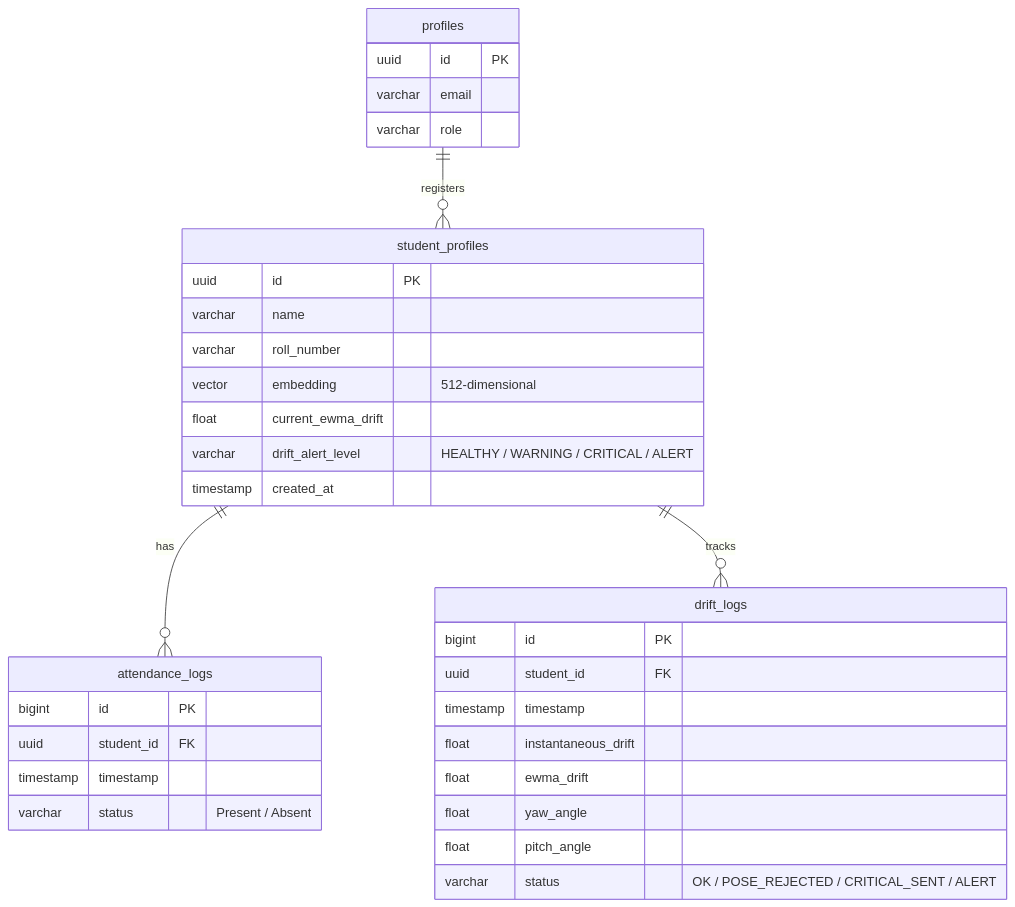
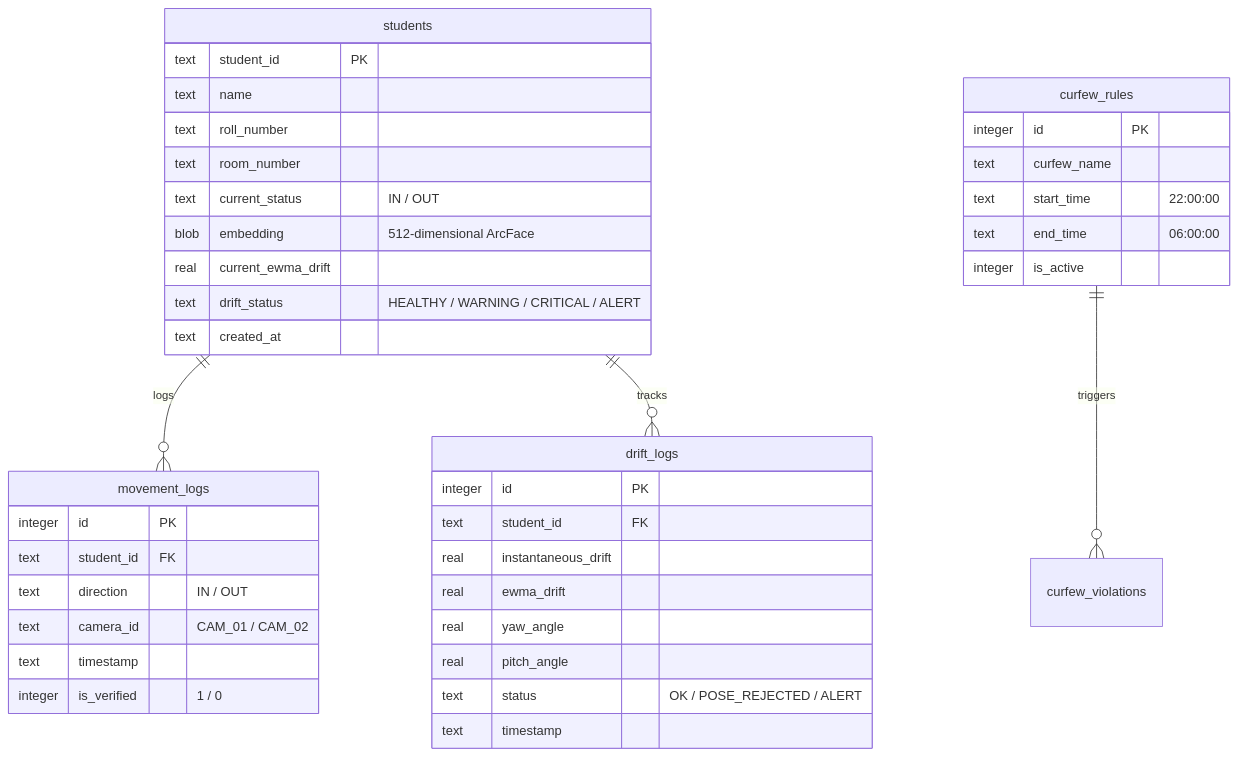
Before and after one commit to ArnavPundir22/BioSecure-AI---girls-Hostel-COER: the diagram in docs/database.md, drawn with Mermaid. The commit also changed other lines of this file and 19 other files, not shown here.

````diff
--- a/docs/database.md
+++ b/docs/database.md
@@ -11,36 +9,46 @@
 ```mermaid
 erDiagram
-    profiles ||--o{ student_profiles : registers
-    student_profiles ||--o{ attendance_logs : has
-    student_profiles ||--o{ drift_logs : tracks
-    profiles {
-        uuid id PK
-        varchar email
-        varchar role
+    students ||--o{ movement_logs : logs
+    students ||--o{ drift_logs : tracks
+    curfew_rules ||--o{ curfew_violations : triggers
+
+    students {
+        text student_id PK
+        text name
+        text roll_number
+        text room_number
+        text current_status "IN / OUT"
+        blob embedding "512-dimensional ArcFace"
+        real current_ewma_drift
+        text drift_status "HEALTHY / WARNING / CRITICAL / ALERT"
+        text created_at
     }
-    student_profiles {
-        uuid id PK
-        varchar name
-        varchar roll_number
-        vector embedding "512-dimensional"
-        float current_ewma_drift
-        varchar drift_alert_level "HEALTHY / WARNING / CRITICAL / ALERT"
-        timestamp created_at
+
+    movement_logs {
+        integer id PK
+        text student_id FK
+        text direction "IN / OUT"
+        text camera_id "CAM_01 / CAM_02"
+        text timestamp
+        integer is_verified "1 / 0"
     }
-    attendance_logs {
-        bigint id PK
-        uuid student_id FK
-        timestamp timestamp
-        varchar status "Present / Absent"
+
+    drift_logs {
+        integer id PK
+        text student_id FK
+        real instantaneous_drift
+        real ewma_drift
+        real yaw_angle
+        real pitch_angle
+        text status "OK / POSE_REJECTED / ALERT"
+        text timestamp
     }
-    drift_logs {
-        bigint id PK
-        uuid student_id FK
-        timestamp timestamp
-        float instantaneous_drift
-        float ewma_drift
-        float yaw_angle
-        float pitch_angle
-        varchar status "OK / POSE_REJECTED / CRITICAL_SENT / ALERT"
+
+    curfew_rules {
+        integer id PK
+        text curfew_name
+        text start_time "22:00:00"
+        text end_time "06:00:00"
+        integer is_active
     }
 ```
````
